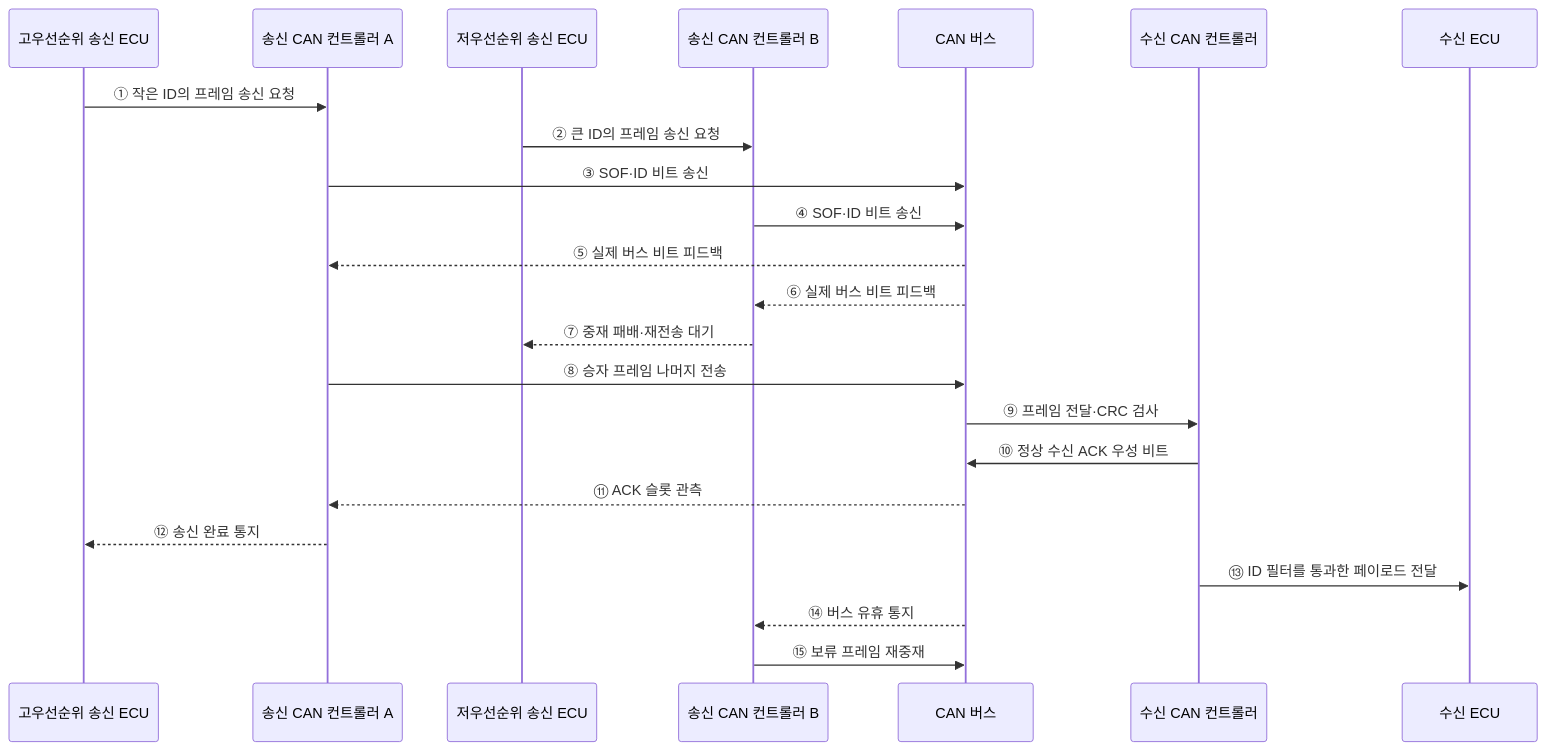
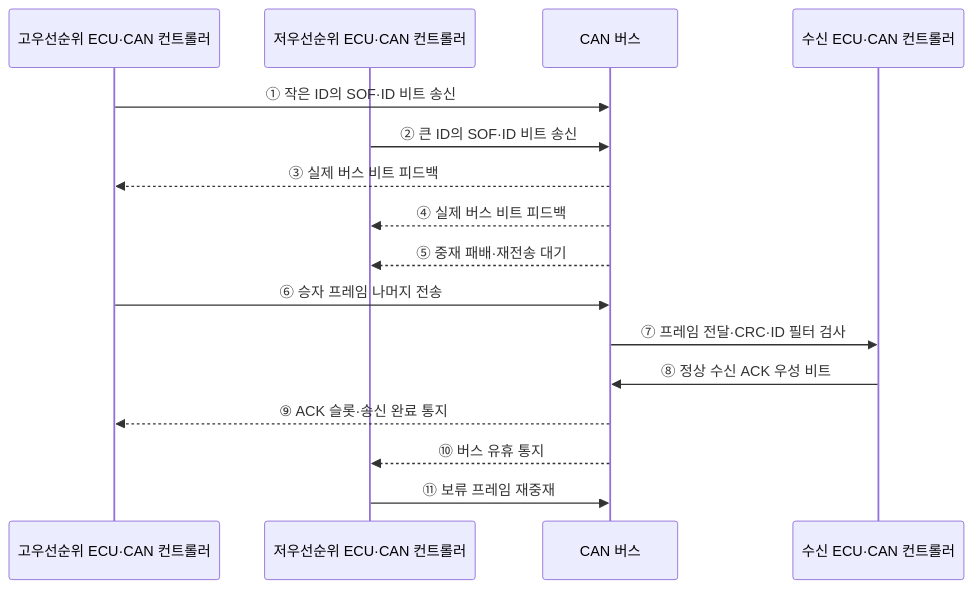
One commit to agnusdei1207/knowledge-base changed the second of 2 diagrams in src/content/docs/notes/02-hardware/066_can_bus.md. Above: the diagram before and after it, drawn with Mermaid. The commit also changed other lines of this file and 20 other files, not shown here.

````diff
--- a/src/content/docs/notes/02-hardware/066_can_bus.md
+++ b/src/content/docs/notes/02-hardware/066_can_bus.md
@@ -95,26 +82,19 @@
 ```mermaid
 sequenceDiagram
-    participant A as 고우선순위 송신 ECU
-    participant CA as 송신 CAN 컨트롤러 A
-    participant B as 저우선순위 송신 ECU
-    participant CB as 송신 CAN 컨트롤러 B
+    participant A as 고우선순위 ECU·CAN 컨트롤러
+    participant B as 저우선순위 ECU·CAN 컨트롤러
     participant W as CAN 버스
-    participant CR as 수신 CAN 컨트롤러
-    participant R as 수신 ECU
+    participant R as 수신 ECU·CAN 컨트롤러
 
-    A->>CA: ① 작은 ID의 프레임 송신 요청
-    B->>CB: ② 큰 ID의 프레임 송신 요청
-    CA->>W: ③ SOF·ID 비트 송신
-    CB->>W: ④ SOF·ID 비트 송신
-    W-->>CA: ⑤ 실제 버스 비트 피드백
-    W-->>CB: ⑥ 실제 버스 비트 피드백
-    CB-->>B: ⑦ 중재 패배·재전송 대기
-    CA->>W: ⑧ 승자 프레임 나머지 전송
-    W->>CR: ⑨ 프레임 전달·CRC 검사
-    CR->>W: ⑩ 정상 수신 ACK 우성 비트
-    W-->>CA: ⑪ ACK 슬롯 관측
-    CA-->>A: ⑫ 송신 완료 통지
-    CR->>R: ⑬ ID 필터를 통과한 페이로드 전달
-    W-->>CB: ⑭ 버스 유휴 통지
-    CB->>W: ⑮ 보류 프레임 재중재
+    A->>W: ① 작은 ID의 SOF·ID 비트 송신
+    B->>W: ② 큰 ID의 SOF·ID 비트 송신
+    W-->>A: ③ 실제 버스 비트 피드백
+    W-->>B: ④ 실제 버스 비트 피드백
+    W-->>B: ⑤ 중재 패배·재전송 대기
+    A->>W: ⑥ 승자 프레임 나머지 전송
+    W->>R: ⑦ 프레임 전달·CRC·ID 필터 검사
+    R->>W: ⑧ 정상 수신 ACK 우성 비트
+    W-->>A: ⑨ ACK 슬롯·송신 완료 통지
+    W-->>B: ⑩ 버스 유휴 통지
+    B->>W: ⑪ 보류 프레임 재중재
 ```
````
